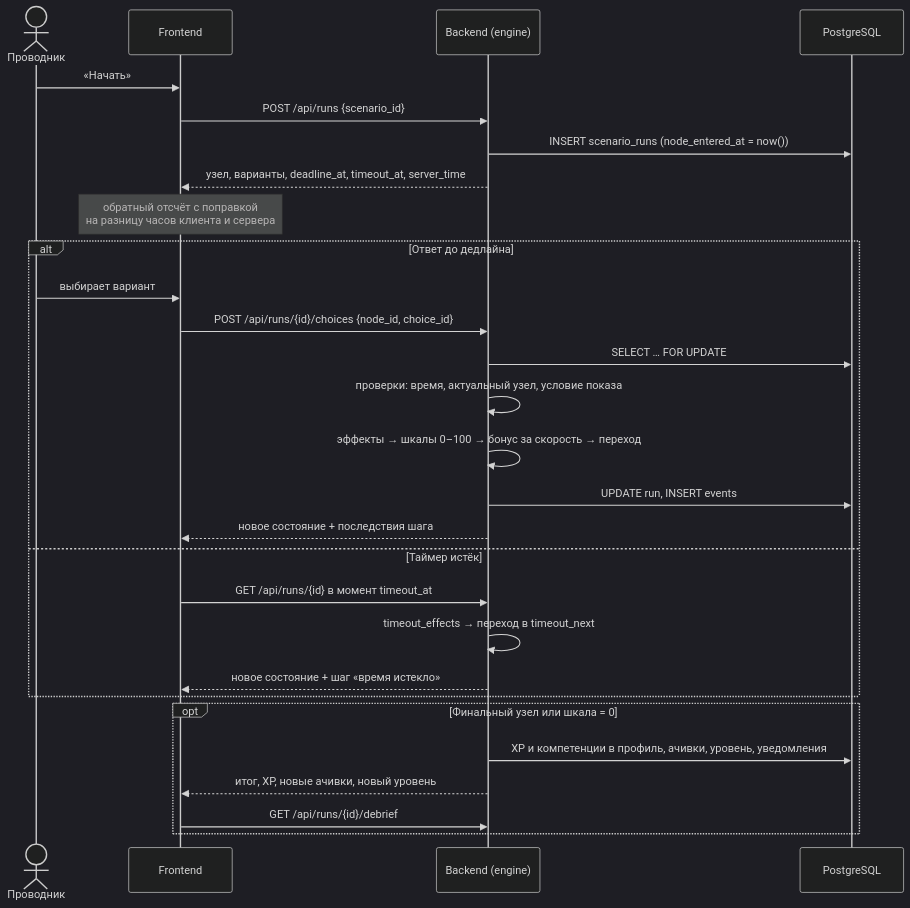
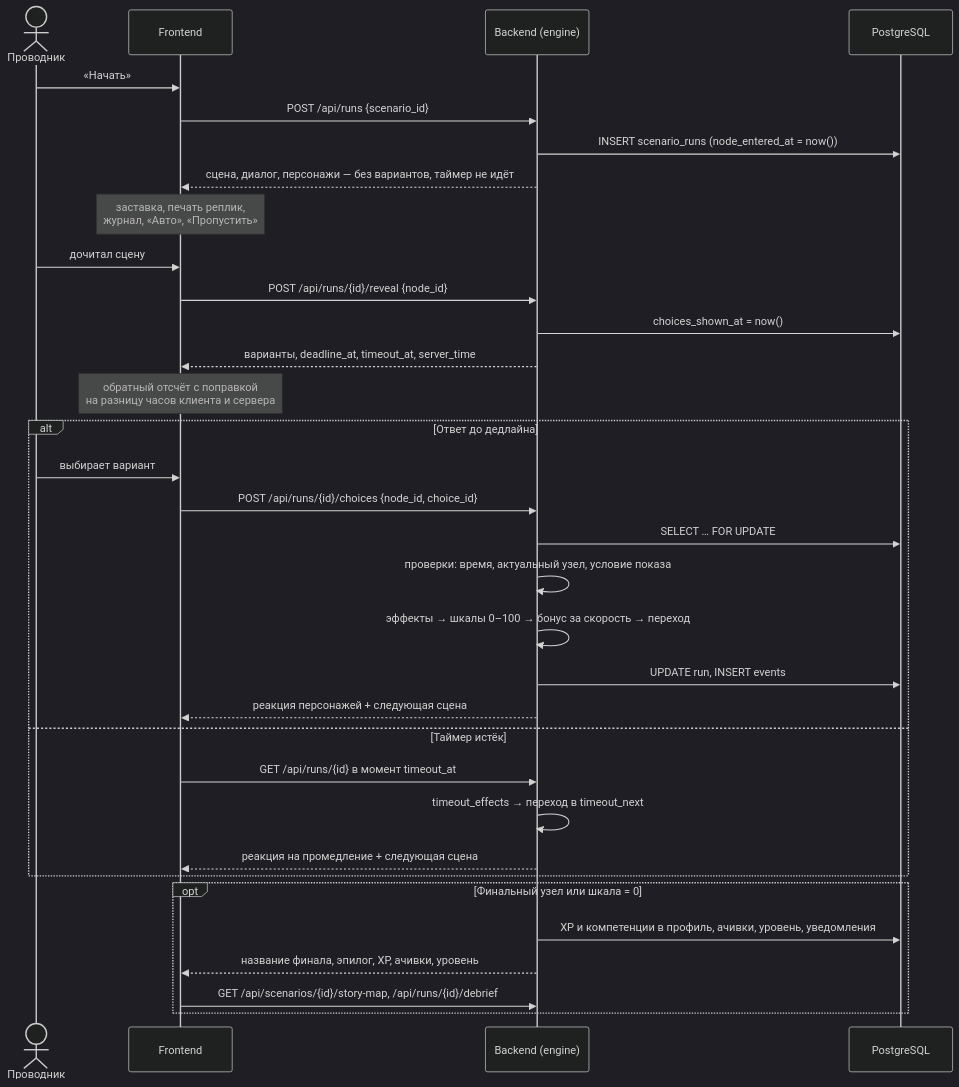
One commit to kelw1n25/vsm-trainer changed the third of 3 diagrams in docs/architecture.md. Above: the diagram before and after it, drawn with Mermaid (dark theme). The commit also changed other lines of this file and 6 other files, not shown here.

Commit message:
Документация: формат новеллы, 14 сценариев по ситуациям, reveal и архив веток в API, путь проводника

````diff
--- a/docs/architecture.md
+++ b/docs/architecture.md
@@ -103,33 +114,38 @@
 ```mermaid
 sequenceDiagram
     actor P as Проводник
     participant UI as Frontend
     participant API as Backend (engine)
     participant DB as PostgreSQL
 
     P->>UI: «Начать»
     UI->>API: POST /api/runs {scenario_id}
     API->>DB: INSERT scenario_runs (node_entered_at = now())
-    API-->>UI: узел, варианты, deadline_at, timeout_at, server_time
+    API-->>UI: сцена, диалог, персонажи — без вариантов, таймер не идёт
+    Note over UI: заставка, печать реплик,<br/>журнал, «Авто», «Пропустить»
+    P->>UI: дочитал сцену
+    UI->>API: POST /api/runs/{id}/reveal {node_id}
+    API->>DB: choices_shown_at = now()
+    API-->>UI: варианты, deadline_at, timeout_at, server_time
     Note over UI: обратный отсчёт с поправкой<br/>на разницу часов клиента и сервера
 
     alt Ответ до дедлайна
         P->>UI: выбирает вариант
         UI->>API: POST /api/runs/{id}/choices {node_id, choice_id}
         API->>DB: SELECT … FOR UPDATE
         API->>API: проверки: время, актуальный узел, условие показа
         API->>API: эффекты → шкалы 0–100 → бонус за скорость → переход
         API->>DB: UPDATE run, INSERT events
-        API-->>UI: новое состояние + последствия шага
+        API-->>UI: реакция персонажей + следующая сцена
     else Таймер истёк
         UI->>API: GET /api/runs/{id} в момент timeout_at
         API->>API: timeout_effects → переход в timeout_next
-        API-->>UI: новое состояние + шаг «время истекло»
+        API-->>UI: реакция на промедление + следующая сцена
     end
 
     opt Финальный узел или шкала = 0
         API->>DB: XP и компетенции в профиль, ачивки, уровень, уведомления
-        API-->>UI: итог, XP, новые ачивки, новый уровень
-        UI->>API: GET /api/runs/{id}/debrief
+        API-->>UI: название финала, эпилог, XP, ачивки, уровень
+        UI->>API: GET /api/scenarios/{id}/story-map, /api/runs/{id}/debrief
     end
 ```
````
